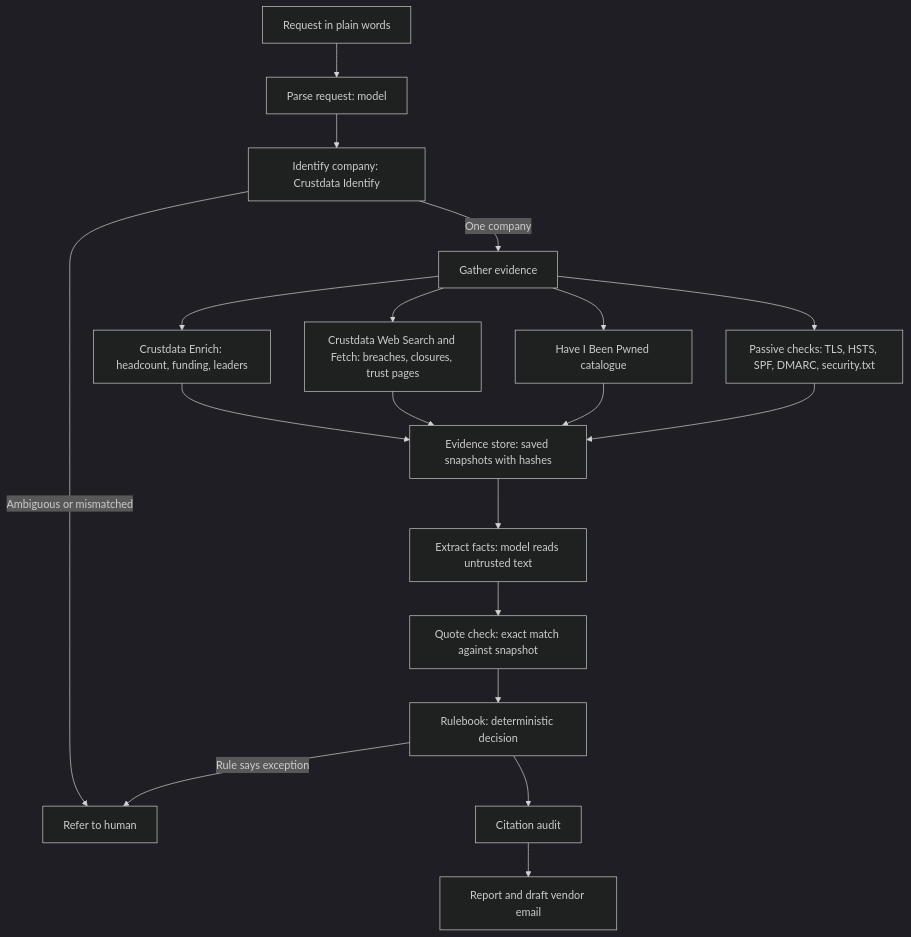
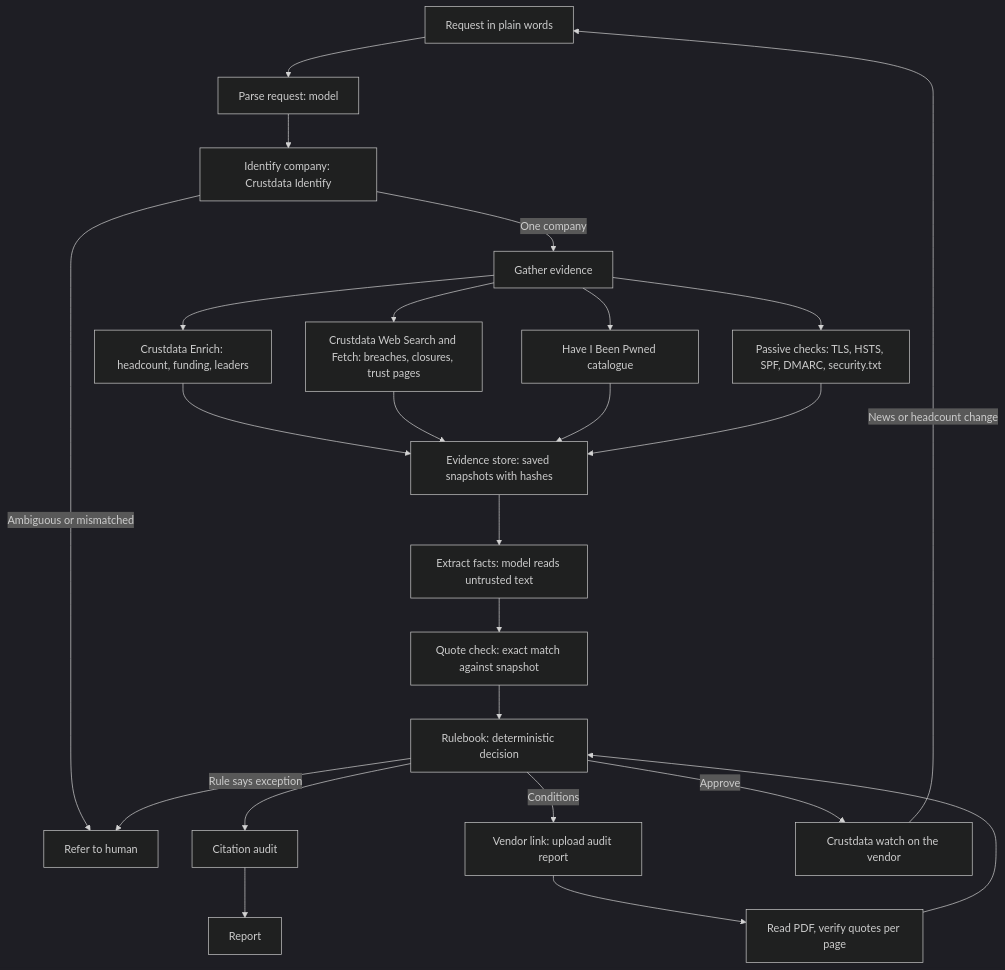
The diagram in README.md (Pro-Nil/duediligent), drawn with Mermaid (dark theme) before and after one commit. The commit also changed other lines of this file and 3 other files, not shown here.

````diff
--- a/README.md
+++ b/README.md
@@ -41,21 +44,26 @@
 ```mermaid
 flowchart TD
     A[Request in plain words] --> B[Parse request: model]
     B --> C[Identify company: Crustdata Identify]
     C -->|Ambiguous or mismatched| H[Refer to human]
     C -->|One company| D[Gather evidence]
     D --> D1[Crustdata Enrich: headcount, funding, leaders]
     D --> D2[Crustdata Web Search and Fetch: breaches, closures, trust pages]
     D --> D3[Have I Been Pwned catalogue]
     D --> D4[Passive checks: TLS, HSTS, SPF, DMARC, security.txt]
     D1 --> E[Evidence store: saved snapshots with hashes]
     D2 --> E
     D3 --> E
     D4 --> E
     E --> F[Extract facts: model reads untrusted text]
     F --> G[Quote check: exact match against snapshot]
     G --> I[Rulebook: deterministic decision]
     I --> J[Citation audit]
-    J --> K[Report and draft vendor email]
+    J --> K[Report]
     I -->|Rule says exception| H
+    I -->|Conditions| V[Vendor link: upload audit report]
+    V --> W[Read PDF, verify quotes per page]
+    W --> I
+    I -->|Approve| X[Crustdata watch on the vendor]
+    X -->|News or headcount change| A
 ```
````
